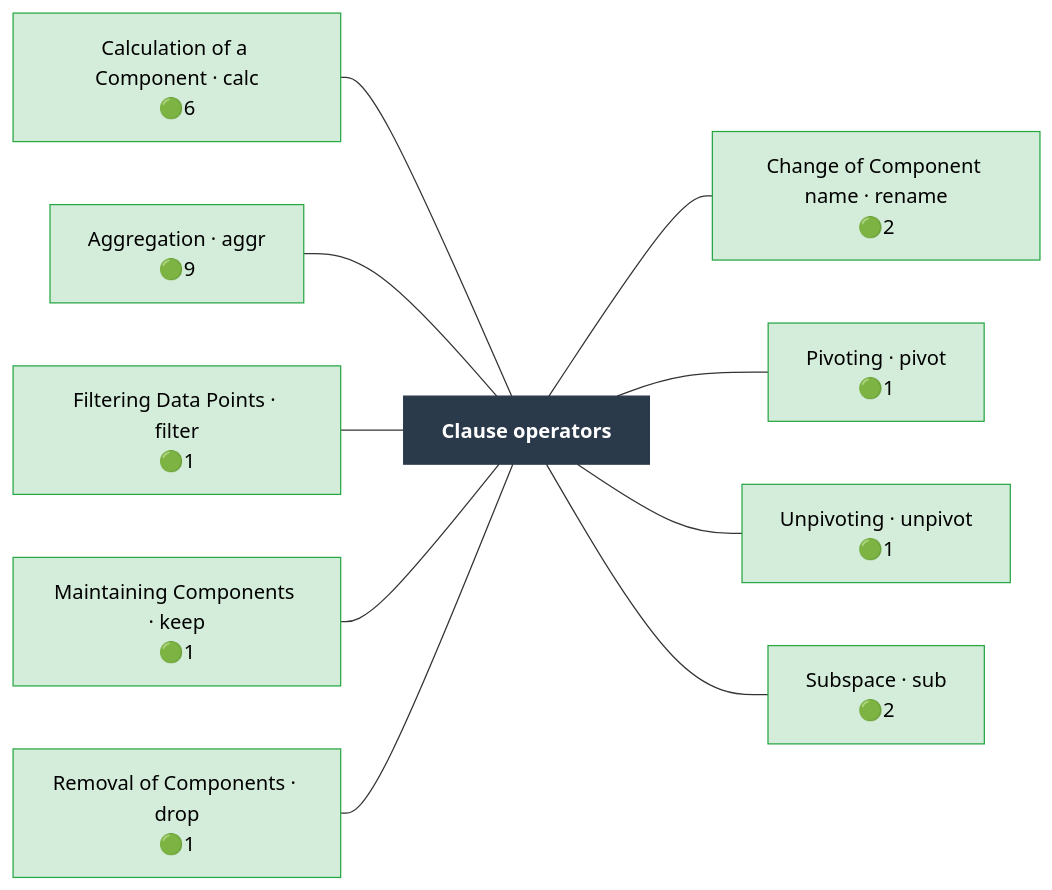
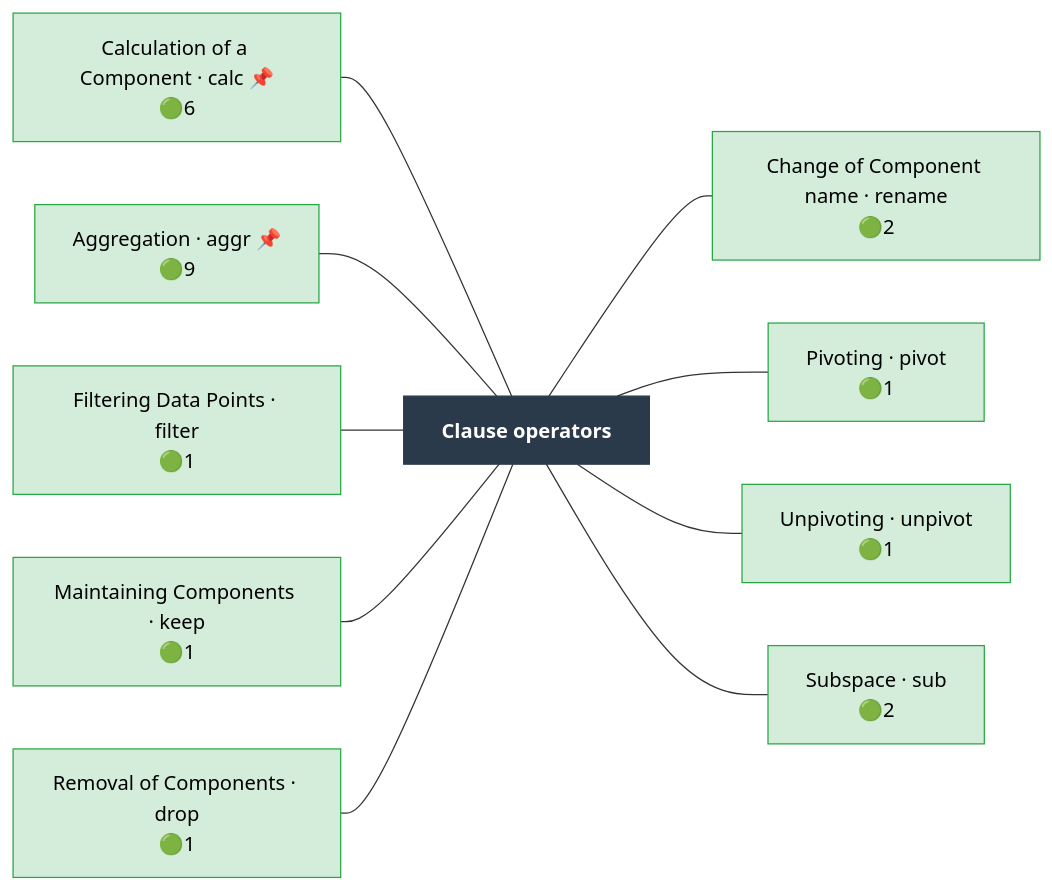
Before and after one commit to Meaningful-Data/vtlengine: the diagram in docs/operator_map/clause/index.rst, drawn with Mermaid. The commit also changed 39 other files, not shown here.

```diff
--- a/docs/operator_map/clause/index.rst
+++ b/docs/operator_map/clause/index.rst
@@ -24,39 +24,39 @@
 .. mermaid::
    :config: {"flowchart": {"useMaxWidth": false}}
 
    flowchart LR
        classDef ok fill:#d4edda,stroke:#28a745,color:#000
        classDef partial fill:#fff3cd,stroke:#ffc107,color:#000
        classDef refused fill:#d4edda,stroke:#28a745,stroke-width:3px,stroke-dasharray: 2 2,color:#000
        classDef missing fill:#f8d7da,stroke:#dc3545,color:#000
        classDef diverge fill:#cce5ff,stroke:#007bff,color:#000
        classDef block fill:#2b3a4a,stroke:#2b3a4a,color:#fff,font-weight:bold
        classDef ext fill:#fff,stroke:#666,color:#000,stroke-dasharray: 5 5
        B["Clause operators"]:::block
-       clause__calc["Calculation of a Component · calc<br/>🟢6"]:::ok
-       clause__aggr["Aggregation · aggr<br/>🟢9"]:::ok
+       clause__calc["Calculation of a Component · calc 📌<br/>🟢6"]:::ok
+       clause__aggr["Aggregation · aggr 📌<br/>🟢9"]:::ok
        clause__filter["Filtering Data Points · filter<br/>🟢1"]:::ok
        clause__keep["Maintaining Components · keep<br/>🟢1"]:::ok
        clause__drop["Removal of Components · drop<br/>🟢1"]:::ok
        clause__rename["Change of Component name · rename<br/>🟢2"]:::ok
        clause__pivot["Pivoting · pivot<br/>🟢1"]:::ok
        clause__unpivot["Unpivoting · unpivot<br/>🟢1"]:::ok
        clause__sub["Subspace · sub<br/>🟢2"]:::ok
        clause__calc --- B
        clause__aggr --- B
        clause__filter --- B
        clause__keep --- B
        clause__drop --- B
        B --- clause__rename
        B --- clause__pivot
        B --- clause__unpivot
        B --- clause__sub
        click clause__calc href "calc.html"
        click clause__aggr href "aggr.html"
        click clause__filter href "filter.html"
        click clause__keep href "keep.html"
        click clause__drop href "drop.html"
        click clause__rename href "rename.html"
        click clause__pivot href "pivot.html"
        click clause__unpivot href "unpivot.html"
        click clause__sub href "sub.html"
```
